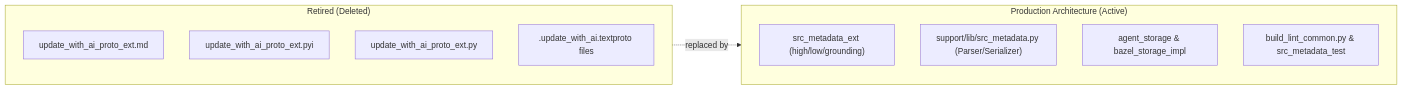
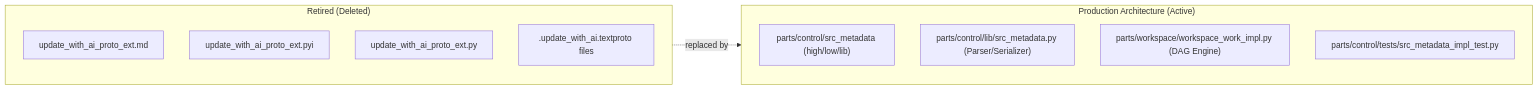
One commit to mcdirmid/cleanroom changed the fourth of 4 diagrams in design-docs/in_band_source_metadata.md. Above: the diagram before and after it, drawn with Mermaid. The commit also changed other lines of this file and 622 other files, not shown here.

````diff
--- a/design-docs/in_band_source_metadata.md
+++ b/design-docs/in_band_source_metadata.md
@@ -480,18 +474,18 @@
 ```mermaid
 flowchart LR
     subgraph Decommissioned["Retired (Deleted)"]
         D1["update_with_ai_proto_ext.md"]
         D2["update_with_ai_proto_ext.pyi"]
         D3["update_with_ai_proto_ext.py"]
         D4[".update_with_ai.textproto files"]
     end
 
     subgraph Implemented["Production Architecture (Active)"]
-        S1["src_metadata_ext (high/low/grounding)"]
-        S2["support/lib/src_metadata.py (Parser/Serializer)"]
-        S3["agent_storage & bazel_storage_impl"]
-        S4["build_lint_common.py & src_metadata_test"]
+        S1["parts/control/src_metadata (high/low/lib)"]
+        S2["parts/control/lib/src_metadata.py (Parser/Serializer)"]
+        S3["parts/workspace/workspace_work_impl.py (DAG Engine)"]
+        S4["parts/control/tests/src_metadata_impl_test.py"]
     end
 
     Decommissioned -. replaced by .-> Implemented
 ```
````
